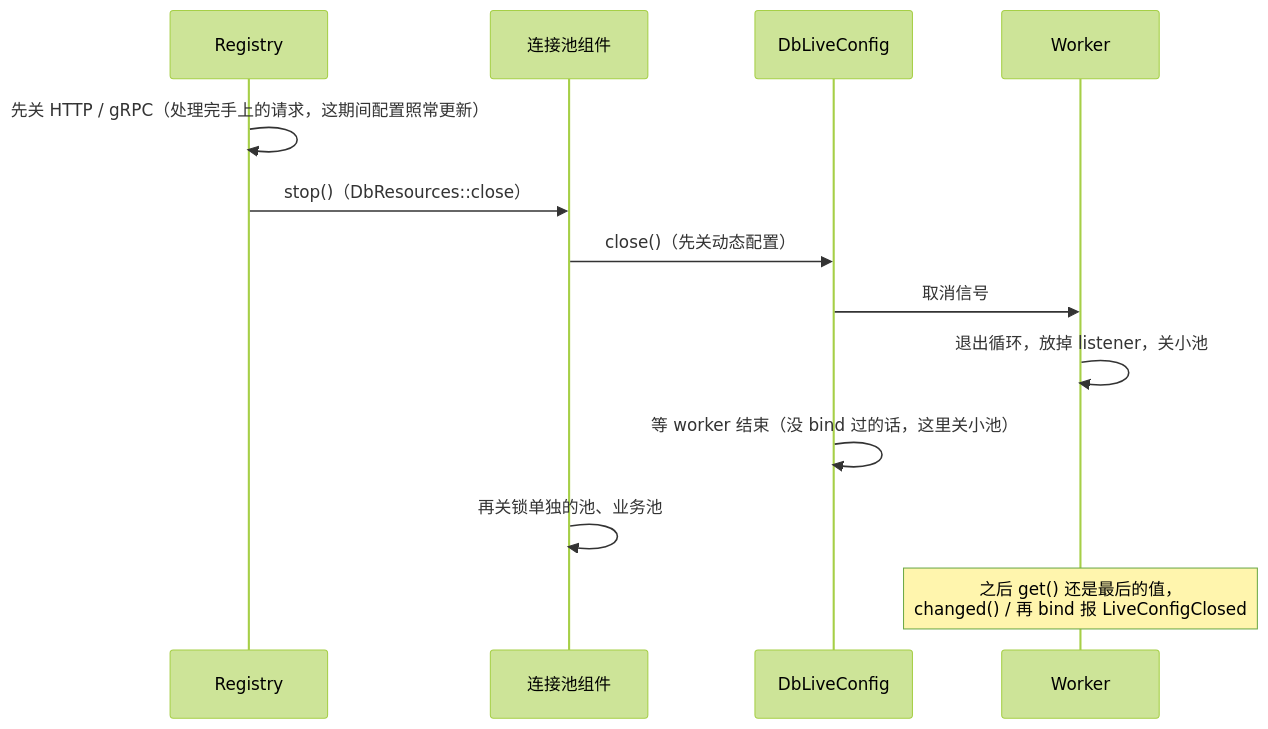
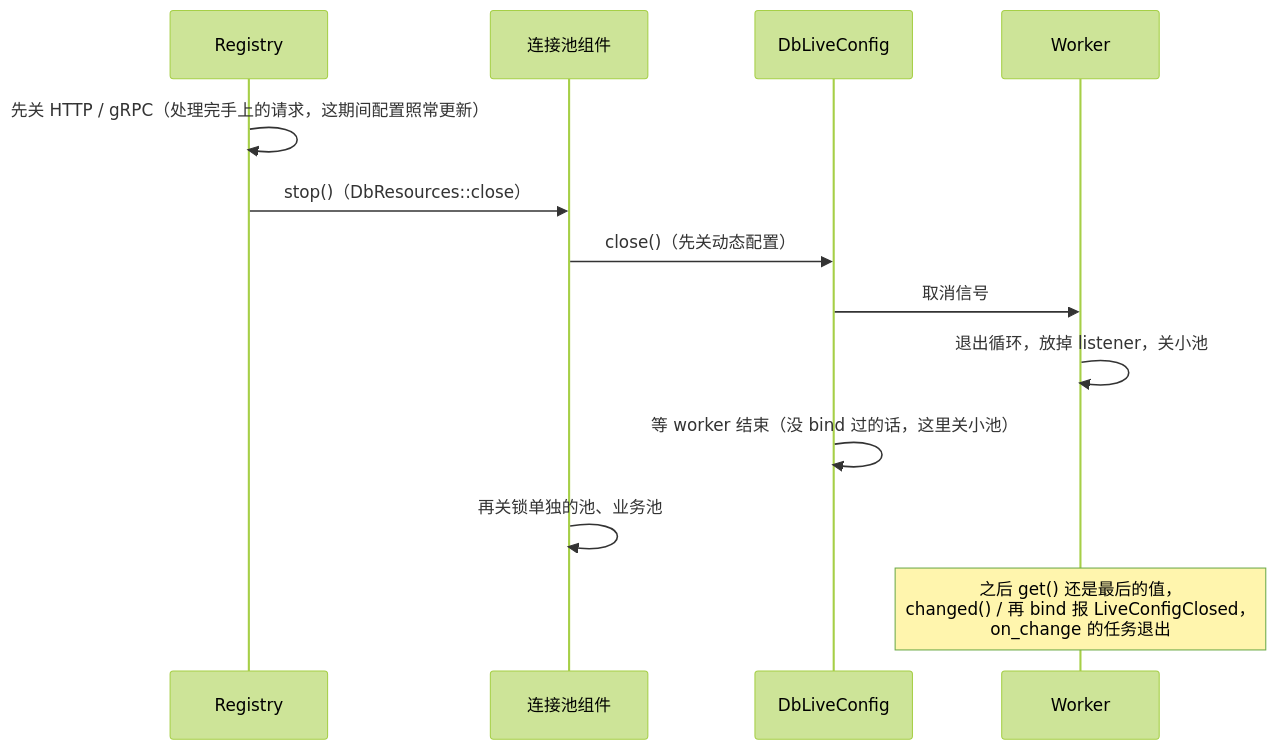
The seventh of 7 diagrams in docs/design/live-config.md (tpxxwz/hygiea), drawn with Mermaid (forest theme) before and after one commit. The commit also changed other lines of this file and 36 other files, not shown here.

First line of the commit message:
docs: 文档按读者分工，architecture 并进 AGENTS，加 tools/docs.py 生成和检查

````diff
--- a/docs/design/live-config.md
+++ b/docs/design/live-config.md
@@ -322,16 +204,16 @@
 ```mermaid
 sequenceDiagram
     participant R as Registry
     participant P as 连接池组件
     participant Src as DbLiveConfig
     participant W as Worker
 
     R->>R: 先关 HTTP / gRPC（处理完手上的请求，这期间配置照常更新）
     R->>P: stop()（DbResources::close）
     P->>Src: close()（先关动态配置）
     Src->>W: 取消信号
     W->>W: 退出循环，放掉 listener，关小池
     Src->>Src: 等 worker 结束（没 bind 过的话，这里关小池）
     P->>P: 再关锁单独的池、业务池
-    Note over W: 之后 get() 还是最后的值，<br/>changed() / 再 bind 报 LiveConfigClosed
+    Note over W: 之后 get() 还是最后的值，<br/>changed() / 再 bind 报 LiveConfigClosed，<br/>on_change 的任务退出
 ```
````
